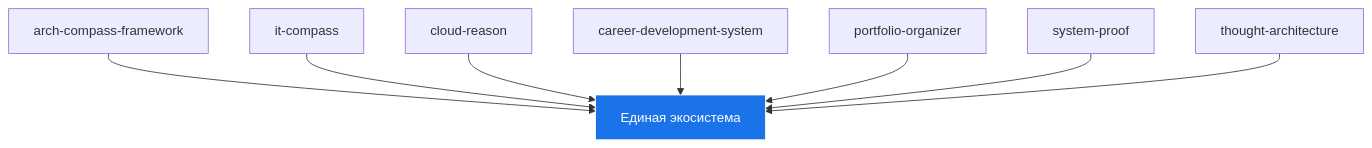
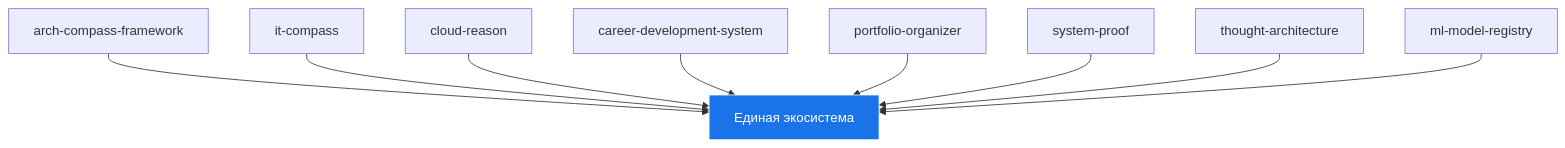
The diagram in ARCHITECTURE.md (Control39/cognitive-systems-architecture), drawn with Mermaid before and after one commit. The commit also changed other lines of this file and 18 other files, not shown here.

First line of the commit message:
feat: добавлен ml-model-registry и система семантического поиска

````diff
--- a/ARCHITECTURE.md
+++ b/ARCHITECTURE.md
@@ -21,11 +21,12 @@
 ```mermaid
 graph TD
     A[arch-compass-framework] --> G[Единая экосистема]
     B[it-compass] --> G
     C[cloud-reason] --> G
     D[career-development-system] --> G
     E[portfolio-organizer] --> G
     F[system-proof] --> G
     H[thought-architecture] --> G
+    I[ml-model-registry] --> G
     style G fill:#1a73e8,stroke:#fff,color:#fff
 ```
````
